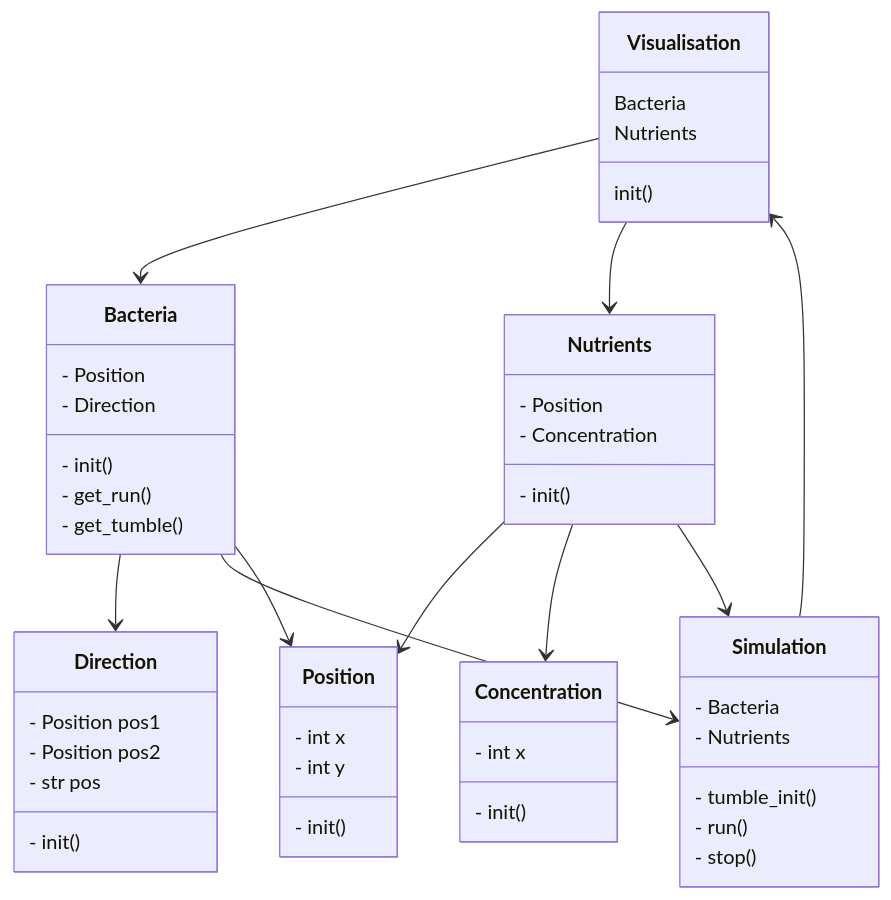
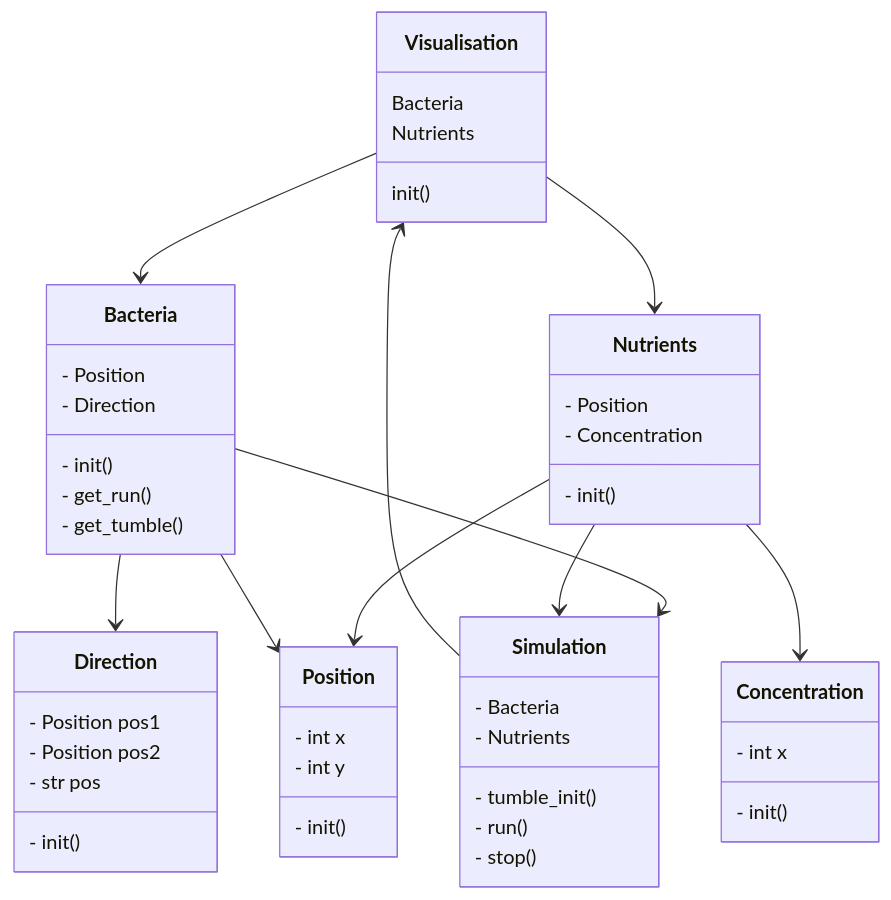
The diagram in learners/phuong/class.md (programming-formalisms/programming_formalisms_project_summer_2024), drawn with Mermaid before and after one commit.

````diff
--- a/learners/phuong/class.md
+++ b/learners/phuong/class.md
@@ -2,53 +2,56 @@
 ```mermaid
 classDiagram
-Visualisation--> Bacteria 
+Visualisation--> Bacteria
 Visualisation --> Nutrients
+Bacteria --> Simulation
+Simulation --> Visualisation
+Nutrients --> Simulation
+
 Nutrients --> Position
+Bacteria --> Position
+Bacteria --> Direction
 Nutrients --> Concentration
-Nutrients --> Simulation
-Bacteria --> Direction
-Bacteria --> Simulation
-Bacteria --> Position
-Simulation --> Visualisation
+
 
 class Visualisation{
     Bacteria
     Nutrients
     init()
 }
 class Bacteria{
     - Position
     - Direction
     - init()
     - get_run()
     - get_tumble()
 }
 class Nutrients{
     - Position
     - Concentration
     - init()
 }
 class Position{
     - int x
     - int y
     - init()
 }
 class Direction{
     - Position pos1
     - Position pos2
     - str pos
     - init()
 }
 class Concentration{
     - int x
     - init ()
 }
 class Simulation{
     - Bacteria
     - Nutrients
     - tumble_init()
     - run()
     - stop()
 }
 
+
 ```
````
